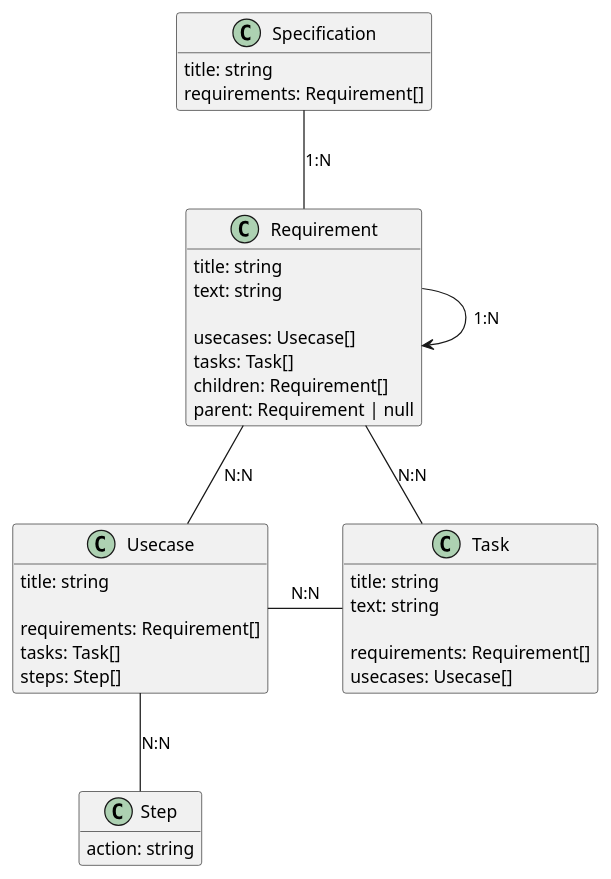
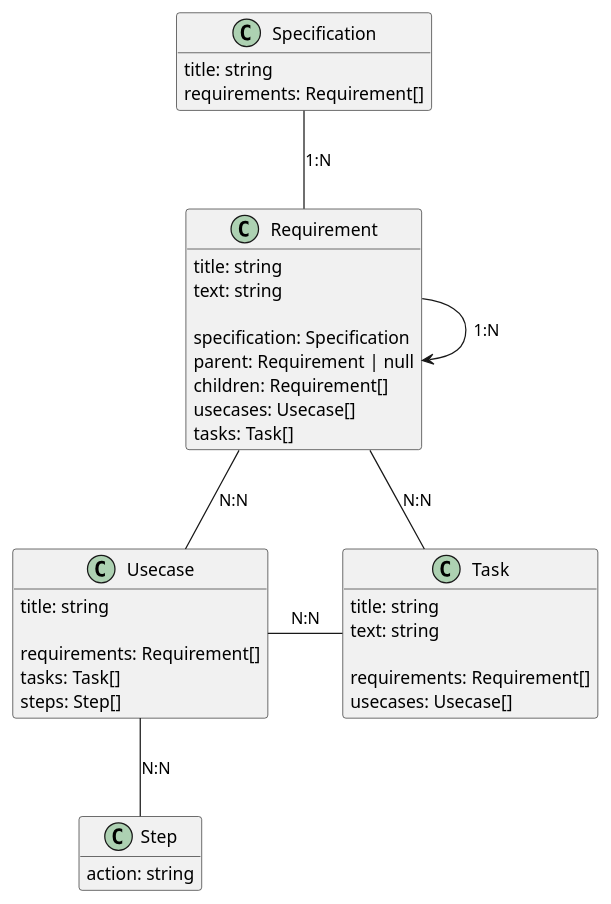
The diagram in docs/entities.puml (v1690117/rutt), drawn with PlantUML before and after one commit.

```diff
--- a/docs/entities.puml
+++ b/docs/entities.puml
@@ -1,47 +1,48 @@
 @startuml
 
 class Specification {
     title: string
     requirements: Requirement[]
 }
 
 class Requirement {
     title: string
     text: string
 
+    specification: Specification
+    parent: Requirement | null
+    children: Requirement[]
     usecases: Usecase[]
     tasks: Task[]
-    children: Requirement[]
-    parent: Requirement | null
 }
 
 class Usecase {
     title: string
 
     requirements: Requirement[]
     tasks: Task[]
     steps: Step[]
 }
 
 class Step {
     action: string
 }
 
 class Task {
     title: string
     text: string
 
     requirements: Requirement[]
     usecases: Usecase[]
 }
 
 Specification -- Requirement : 1:N
 Requirement -- Usecase : N:N
 Requirement -- Task : N:N
 Requirement --> Requirement : 1:N
 Usecase - Task : N:N
 Usecase -- Step : N:N
 
 hide methods
 
 @enduml
```
